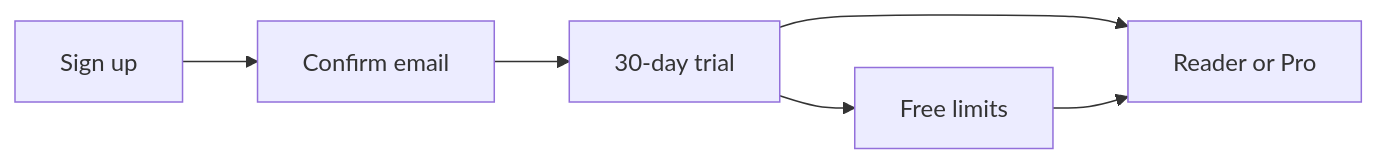
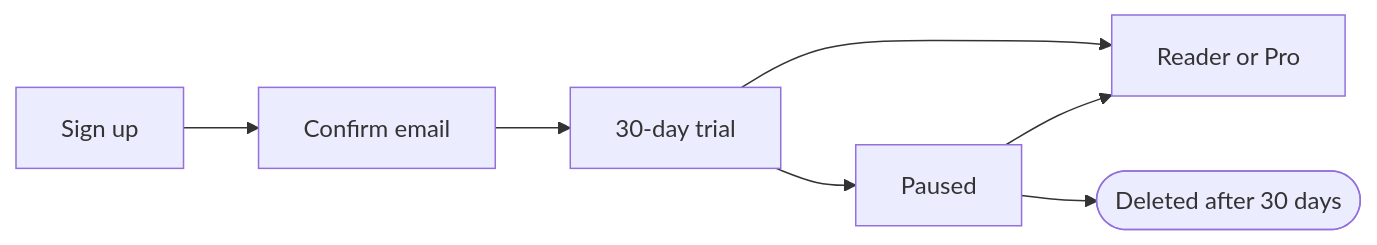
One commit to mohitmishra786/readprism changed the diagram in docs/HOSTING.md. Above: the diagram before and after it, drawn with Mermaid. The commit also changed other lines of this file and 30 other files, not shown here.

First line of the commit message:
[#341] Hosted: no free tier: pause after the trial, remind, delete after 30 days

````diff
--- a/docs/HOSTING.md
+++ b/docs/HOSTING.md
@@ -12,11 +12,12 @@
 ```mermaid
 flowchart LR
     accTitle: Hosted account lifecycle
-    accDescr: A reader signs up, confirms their email, gets a 30-day trial, then either subscribes to Reader or Pro or moves to the Free limits.
+    accDescr: A reader signs up, confirms their email and gets a 30-day trial. Then they subscribe to Reader or Pro, or the account is paused and deleted 30 days later unless they subscribe.
 
     signup["Sign up"] --> verify["Confirm email"]
     verify --> trial["30-day trial"]
     trial --> paid["Reader or Pro"]
-    trial --> free["Free limits"]
-    free --> paid
+    trial --> paused["Paused"]
+    paused --> paid
+    paused --> deleted(["Deleted after 30 days"])
 ```
````
